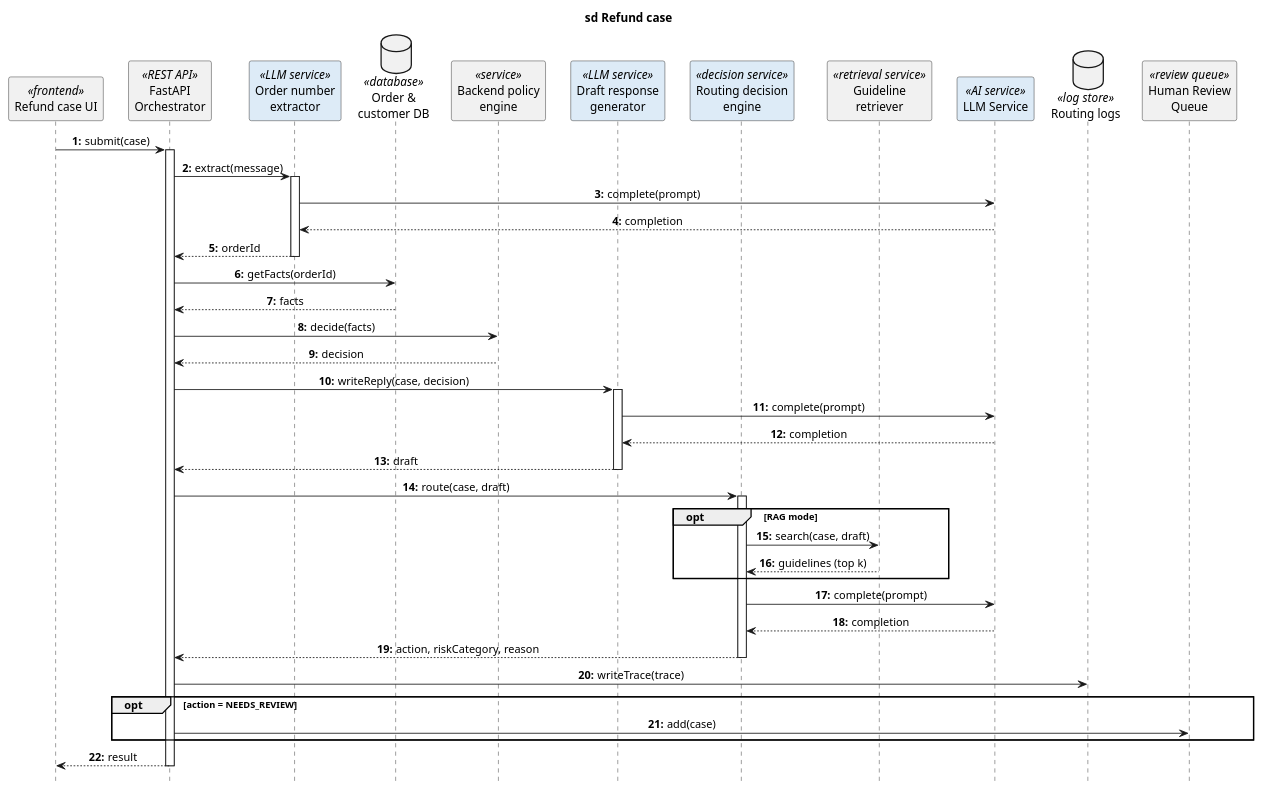
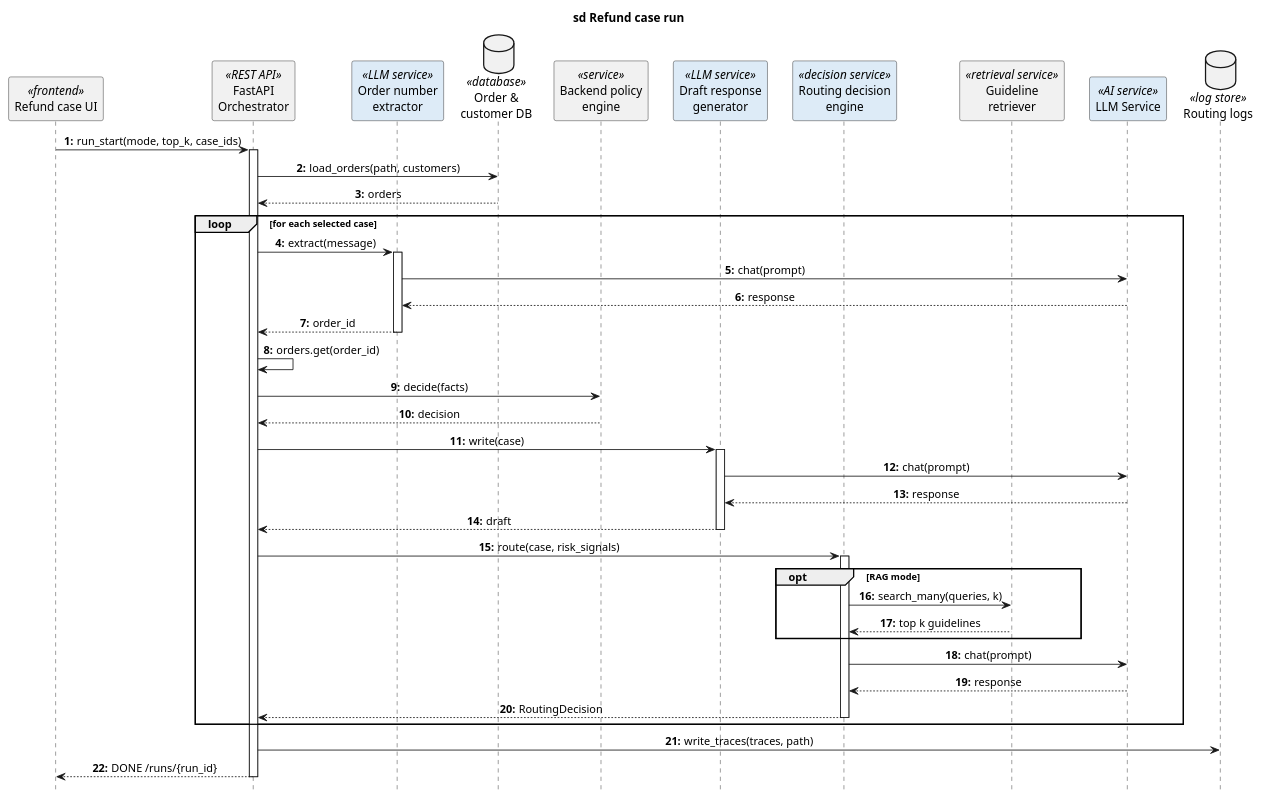
The diagram in docs/diagrams/sequence.puml (VyshakhGN/llmgov), drawn with PlantUML before and after one commit. The commit also changed 3 other files, not shown here.

Commit message:
Some changes to the component and sequence diagrams

```diff
--- a/docs/diagrams/sequence.puml
+++ b/docs/diagrams/sequence.puml
@@ -1,64 +1,66 @@
 @startuml sequence
 skinparam shadowing false
 skinparam defaultTextAlignment center
 skinparam ParticipantPadding 10
 skinparam ParticipantBackgroundColor #F1F1F1
 skinparam DatabaseBackgroundColor #F1F1F1
 hide footbox
-title sd Refund case
+title sd Refund case run
 
 participant "Refund case UI" as UI <<frontend>>
 participant "FastAPI\nOrchestrator" as ORCH <<REST API>>
 participant "Order number\nextractor" as EXT <<LLM service>> #DDEBF7
 database "Order &\ncustomer DB" as DB <<database>>
 participant "Backend policy\nengine" as POL <<service>>
 participant "Draft response\ngenerator" as DRAFT <<LLM service>> #DDEBF7
 participant "Routing decision\nengine" as ROUTE <<decision service>> #DDEBF7
 participant "Guideline\nretriever" as RET <<retrieval service>>
 participant "LLM Service" as LLM <<AI service>> #DDEBF7
 database "Routing logs" as LOGS <<log store>>
-participant "Human Review\nQueue" as QUEUE <<review queue>>
 
 autonumber "<b>0:"
 
-UI -> ORCH : submit(case)
+UI -> ORCH : run_start(mode, top_k, case_ids)
 activate ORCH
 
-ORCH -> EXT : extract(message)
-activate EXT
-EXT -> LLM : complete(prompt)
-LLM --> EXT : completion
-EXT --> ORCH : orderId
-deactivate EXT
+ORCH -> DB : load_orders(path, customers)
+DB --> ORCH : orders
 
-ORCH -> DB : getFacts(orderId)
-DB --> ORCH : facts
+loop for each selected case
 
-ORCH -> POL : decide(facts)
-POL --> ORCH : decision
+  ORCH -> EXT : extract(message)
+  activate EXT
+  EXT -> LLM : chat(prompt)
+  LLM --> EXT : response
+  EXT --> ORCH : order_id
+  deactivate EXT
 
-ORCH -> DRAFT : writeReply(case, decision)
-activate DRAFT
-DRAFT -> LLM : complete(prompt)
-LLM --> DRAFT : completion
-DRAFT --> ORCH : draft
-deactivate DRAFT
+  ORCH -> ORCH : orders.get(order_id)
 
-ORCH -> ROUTE : route(case, draft)
-activate ROUTE
-group opt <U+2007><U+2007><U+2007>[RAG mode]
-  ROUTE -> RET : search(case, draft)
-  RET --> ROUTE : guidelines (top k)
+  ORCH -> POL : decide(facts)
+  POL --> ORCH : decision
+
+  ORCH -> DRAFT : write(case)
+  activate DRAFT
+  DRAFT -> LLM : chat(prompt)
+  LLM --> DRAFT : response
+  DRAFT --> ORCH : draft
+  deactivate DRAFT
+
+  ORCH -> ROUTE : route(case, risk_signals)
+  activate ROUTE
+  group opt <U+2007><U+2007><U+2007>[RAG mode]
+    ROUTE -> RET : search_many(queries, k)
+    RET --> ROUTE : top k guidelines
+  end
+  ROUTE -> LLM : chat(prompt)
+  LLM --> ROUTE : response
+  ROUTE --> ORCH : RoutingDecision
+  deactivate ROUTE
+
 end
-ROUTE -> LLM : complete(prompt)
-LLM --> ROUTE : completion
-ROUTE --> ORCH : action, riskCategory, reason
-deactivate ROUTE
 
-ORCH -> LOGS : writeTrace(trace)
-group opt [action = NEEDS_REVIEW]
-  ORCH -> QUEUE : add(case)
-end
-ORCH --> UI : result
+ORCH -> LOGS : write_traces(traces, path)
+ORCH --> UI : DONE /runs/{run_id}
 deactivate ORCH
 @enduml
```
